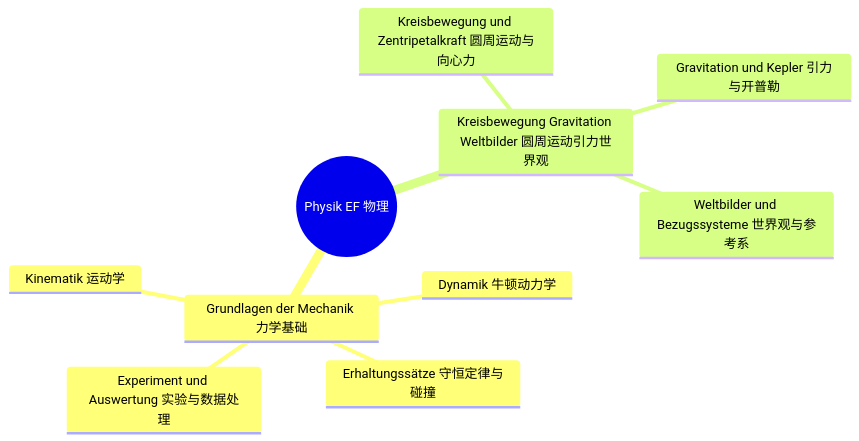
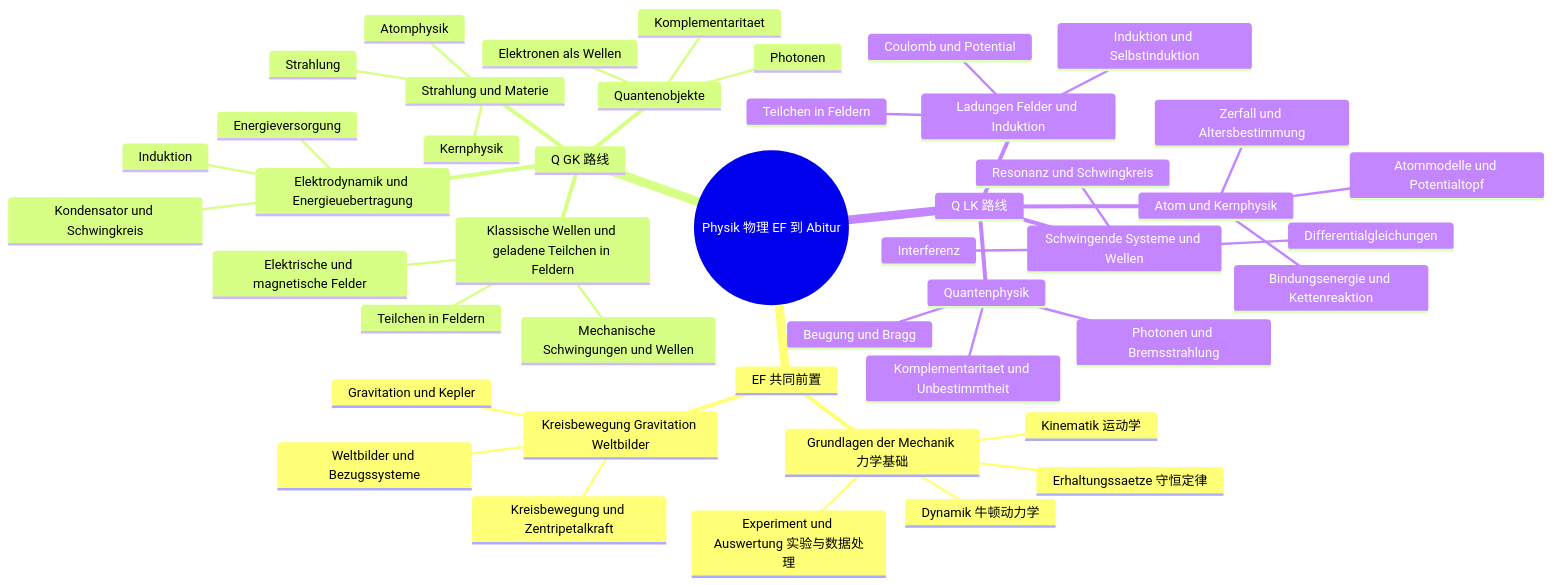
One commit to jjjjjjjjnnjnn/EF-GeWi-Lernvault changed the first of 11 diagrams in 00_META/Lernbaum/Lernbaum-Physik.md. Above: the diagram before and after it, drawn with Mermaid. The commit also changed other lines of this file and 5 other files, not shown here.

Commit message:
[Meta] Abi-Baum S7 Teil 1: Mathe SoWi Deutsch Englisch Physik Chemie zu EF-Q2 Baeumen mit Methodenprofil und CN-Techniken

````diff
--- a/00_META/Lernbaum/Lernbaum-Physik.md
+++ b/00_META/Lernbaum/Lernbaum-Physik.md
@@ -17,13 +72,48 @@
 ```mermaid
 mindmap
-  root((Physik EF 物理))
-    Grundlagen der Mechanik 力学基础
-      Kinematik 运动学
-      Dynamik 牛顿动力学
-      Erhaltungssätze 守恒定律与碰撞
-      Experiment und Auswertung 实验与数据处理
-    Kreisbewegung Gravitation Weltbilder 圆周运动引力世界观
-      Kreisbewegung und Zentripetalkraft 圆周运动与向心力
-      Gravitation und Kepler 引力与开普勒
-      Weltbilder und Bezugssysteme 世界观与参考系
+  root((Physik 物理 EF 到 Abitur))
+    EF 共同前置
+      Grundlagen der Mechanik 力学基础
+        Kinematik 运动学
+        Dynamik 牛顿动力学
+        Erhaltungssaetze 守恒定律
+        Experiment und Auswertung 实验与数据处理
+      Kreisbewegung Gravitation Weltbilder
+        Kreisbewegung und Zentripetalkraft
+        Gravitation und Kepler
+        Weltbilder und Bezugssysteme
+    Q GK 路线
+      Klassische Wellen und geladene Teilchen in Feldern
+        Mechanische Schwingungen und Wellen
+        Elektrische und magnetische Felder
+        Teilchen in Feldern
+      Quantenobjekte
+        Photonen
+        Elektronen als Wellen
+        Komplementaritaet
+      Elektrodynamik und Energieuebertragung
+        Induktion
+        Energieversorgung
+        Kondensator und Schwingkreis
+      Strahlung und Materie
+        Strahlung
+        Atomphysik
+        Kernphysik
+    Q LK 路线
+      Ladungen Felder und Induktion
+        Coulomb und Potential
+        Teilchen in Feldern
+        Induktion und Selbstinduktion
+      Schwingende Systeme und Wellen
+        Differentialgleichungen
+        Resonanz und Schwingkreis
+        Interferenz
+      Quantenphysik
+        Photonen und Bremsstrahlung
+        Beugung und Bragg
+        Komplementaritaet und Unbestimmtheit
+      Atom und Kernphysik
+        Atommodelle und Potentialtopf
+        Zerfall und Altersbestimmung
+        Bindungsenergie und Kettenreaktion
 ```
````
